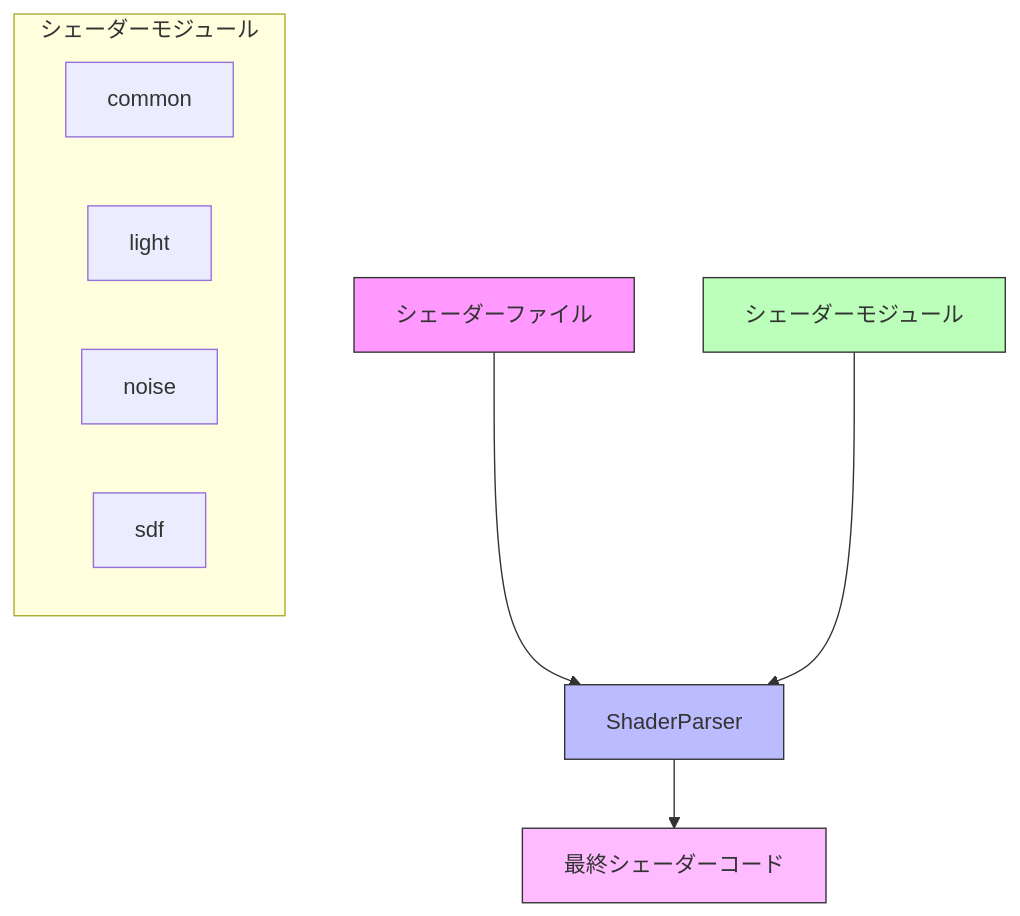
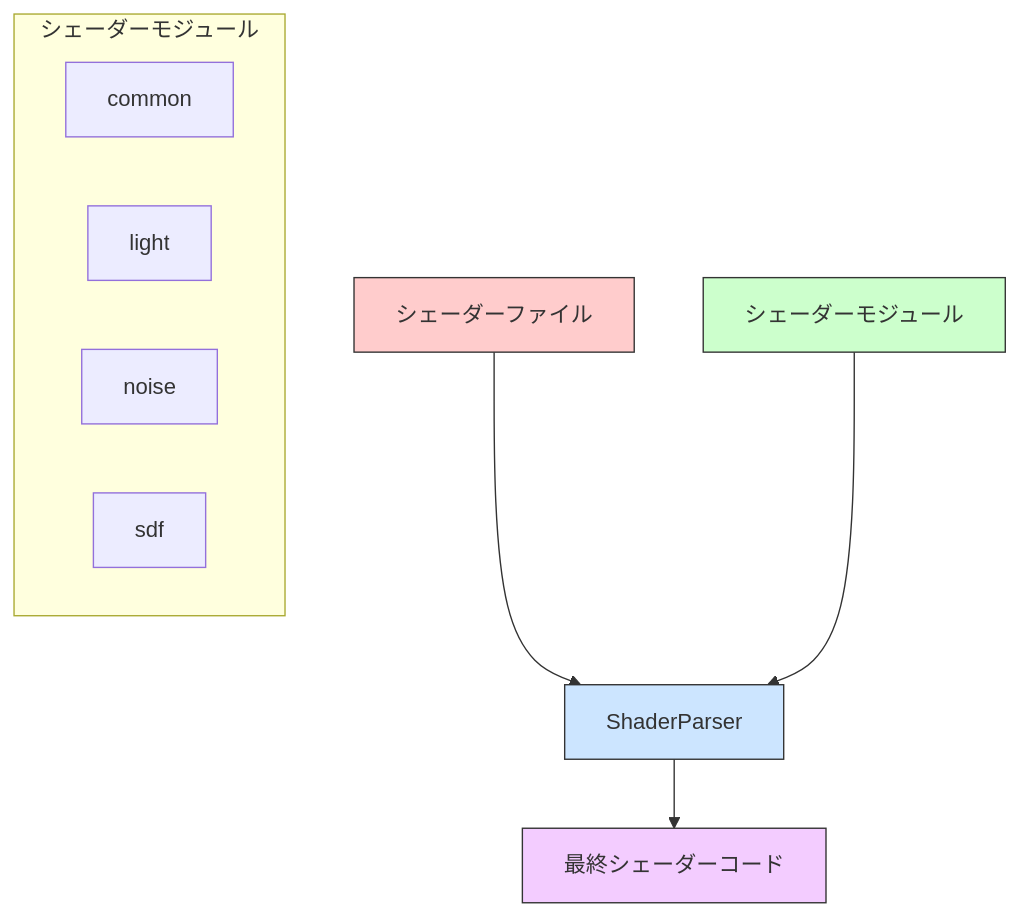
The second of 3 diagrams in docs/core/render-pipeline.md (ukonpower/OREngine), drawn with Mermaid before and after one commit. The commit also changed other lines of this file and 5 other files, not shown here.

Commit message:
docs: tweak colors in diagrams

````diff
--- a/docs/core/render-pipeline.md
+++ b/docs/core/render-pipeline.md
@@ -250,18 +250,18 @@
 ```mermaid
 graph TD
     Shader[シェーダーファイル] --> Parser[ShaderParser]
     Modules[シェーダーモジュール] --> Parser
     Parser --> Final[最終シェーダーコード]
 
     subgraph "シェーダーモジュール"
     M1[common]
     M2[light]
     M3[noise]
     M4[sdf]
     end
 
-    style Shader fill:#f9f,stroke:#333
-    style Parser fill:#bbf,stroke:#333
-    style Modules fill:#bfb,stroke:#333
-    style Final fill:#fbf,stroke:#333
+    style Shader fill:#ffcccc,stroke:#333
+    style Parser fill:#cce5ff,stroke:#333
+    style Modules fill:#ccffcc,stroke:#333
+    style Final fill:#f3ccff,stroke:#333
 ```
````
